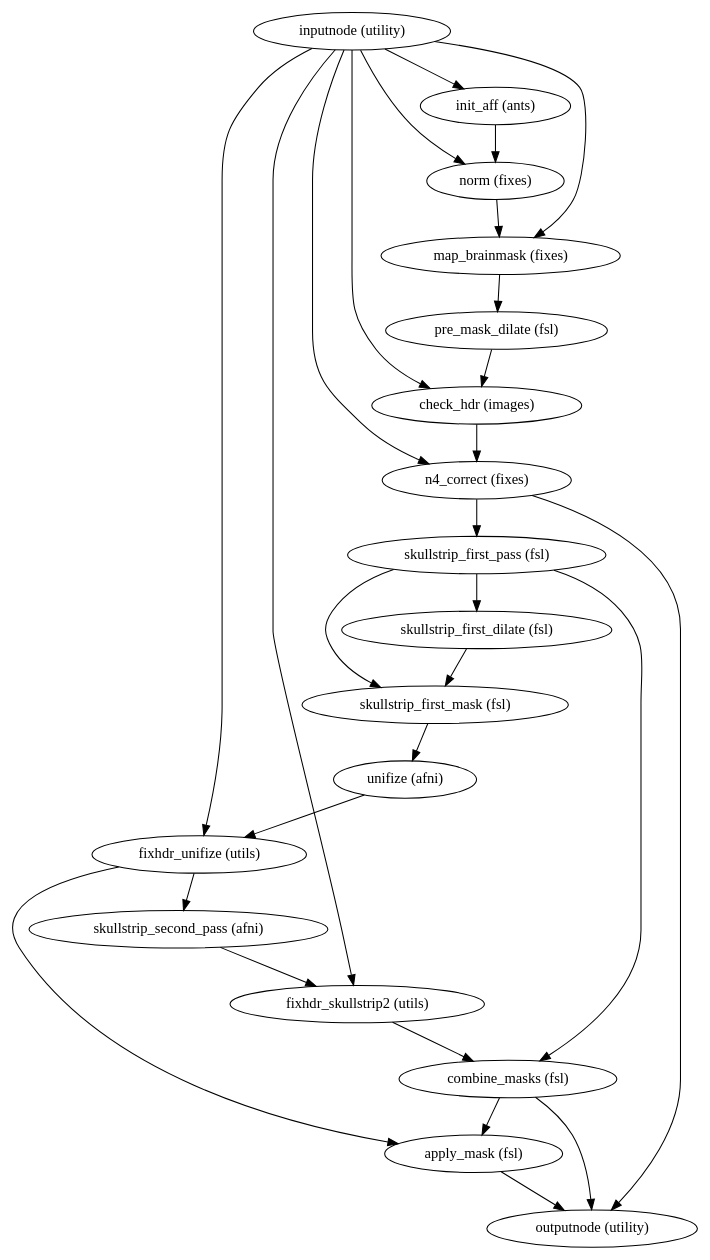
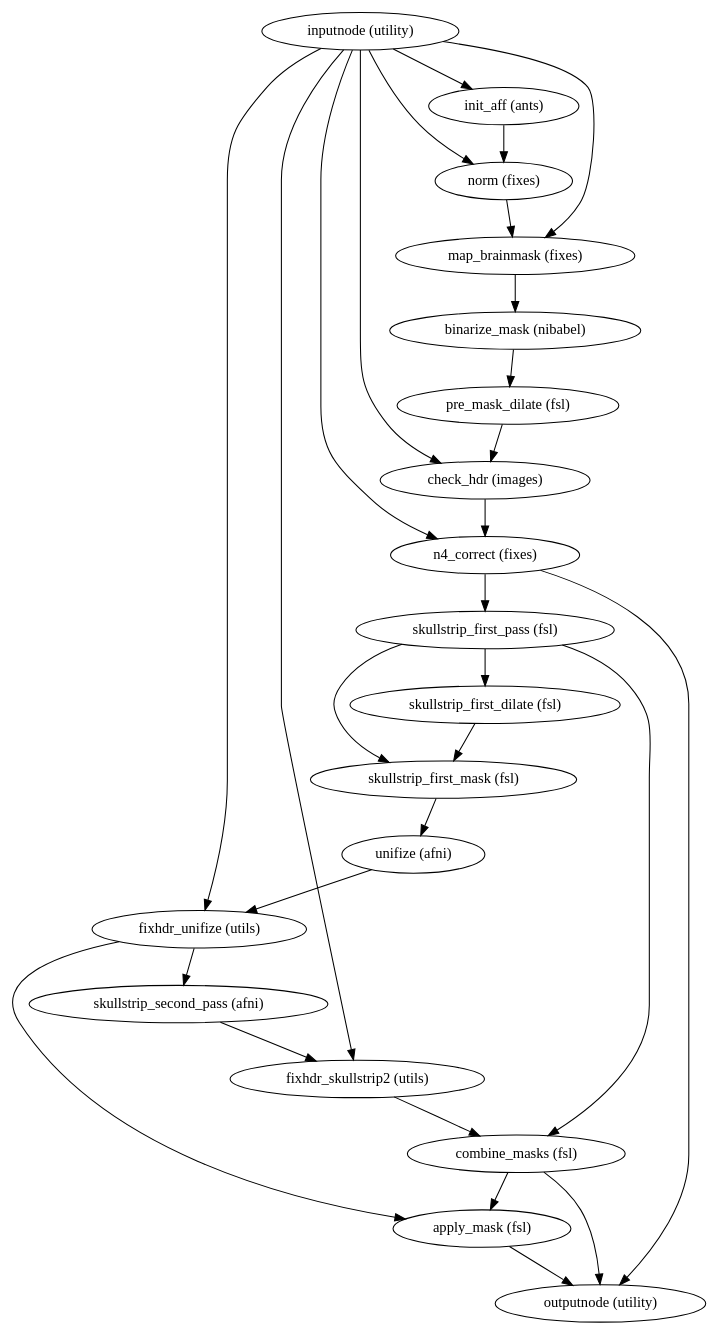
Before and after one commit to notZaki/niworkflows: the diagram in 1.2.3/wf_directive/api/enhance_and_skullstrip_bold_wf/niworkflows-func-util-2.dot, drawn with Graphviz. The commit also changed 6329 other files, not shown here.

```diff
--- a/1.2.3/wf_directive/api/enhance_and_skullstrip_bold_wf/niworkflows-func-util-2.dot
+++ b/1.2.3/wf_directive/api/enhance_and_skullstrip_bold_wf/niworkflows-func-util-2.dot
@@ -1,46 +1,48 @@
 strict digraph  {
 "inputnode (utility)";
 "init_aff (ants)";
 "map_brainmask (fixes)";
 "norm (fixes)";
 "check_hdr (images)";
 "n4_correct (fixes)";
 "fixhdr_unifize (utils)";
 "fixhdr_skullstrip2 (utils)";
+"binarize_mask (nibabel)";
 "pre_mask_dilate (fsl)";
 "skullstrip_first_pass (fsl)";
 "outputnode (utility)";
 "skullstrip_second_pass (afni)";
 "apply_mask (fsl)";
 "combine_masks (fsl)";
 "skullstrip_first_dilate (fsl)";
 "skullstrip_first_mask (fsl)";
 "unifize (afni)";
 "inputnode (utility)" -> "init_aff (ants)";
 "inputnode (utility)" -> "map_brainmask (fixes)";
 "inputnode (utility)" -> "norm (fixes)";
 "inputnode (utility)" -> "check_hdr (images)";
 "inputnode (utility)" -> "n4_correct (fixes)";
 "inputnode (utility)" -> "fixhdr_unifize (utils)";
 "inputnode (utility)" -> "fixhdr_skullstrip2 (utils)";
 "init_aff (ants)" -> "norm (fixes)";
-"map_brainmask (fixes)" -> "pre_mask_dilate (fsl)";
+"map_brainmask (fixes)" -> "binarize_mask (nibabel)";
 "norm (fixes)" -> "map_brainmask (fixes)";
 "check_hdr (images)" -> "n4_correct (fixes)";
 "n4_correct (fixes)" -> "skullstrip_first_pass (fsl)";
 "n4_correct (fixes)" -> "outputnode (utility)";
 "fixhdr_unifize (utils)" -> "skullstrip_second_pass (afni)";
 "fixhdr_unifize (utils)" -> "apply_mask (fsl)";
 "fixhdr_skullstrip2 (utils)" -> "combine_masks (fsl)";
+"binarize_mask (nibabel)" -> "pre_mask_dilate (fsl)";
 "pre_mask_dilate (fsl)" -> "check_hdr (images)";
 "skullstrip_first_pass (fsl)" -> "skullstrip_first_dilate (fsl)";
 "skullstrip_first_pass (fsl)" -> "skullstrip_first_mask (fsl)";
 "skullstrip_first_pass (fsl)" -> "combine_masks (fsl)";
 "skullstrip_second_pass (afni)" -> "fixhdr_skullstrip2 (utils)";
 "apply_mask (fsl)" -> "outputnode (utility)";
 "combine_masks (fsl)" -> "apply_mask (fsl)";
 "combine_masks (fsl)" -> "outputnode (utility)";
 "skullstrip_first_dilate (fsl)" -> "skullstrip_first_mask (fsl)";
 "skullstrip_first_mask (fsl)" -> "unifize (afni)";
 "unifize (afni)" -> "fixhdr_unifize (utils)";
 }
```
